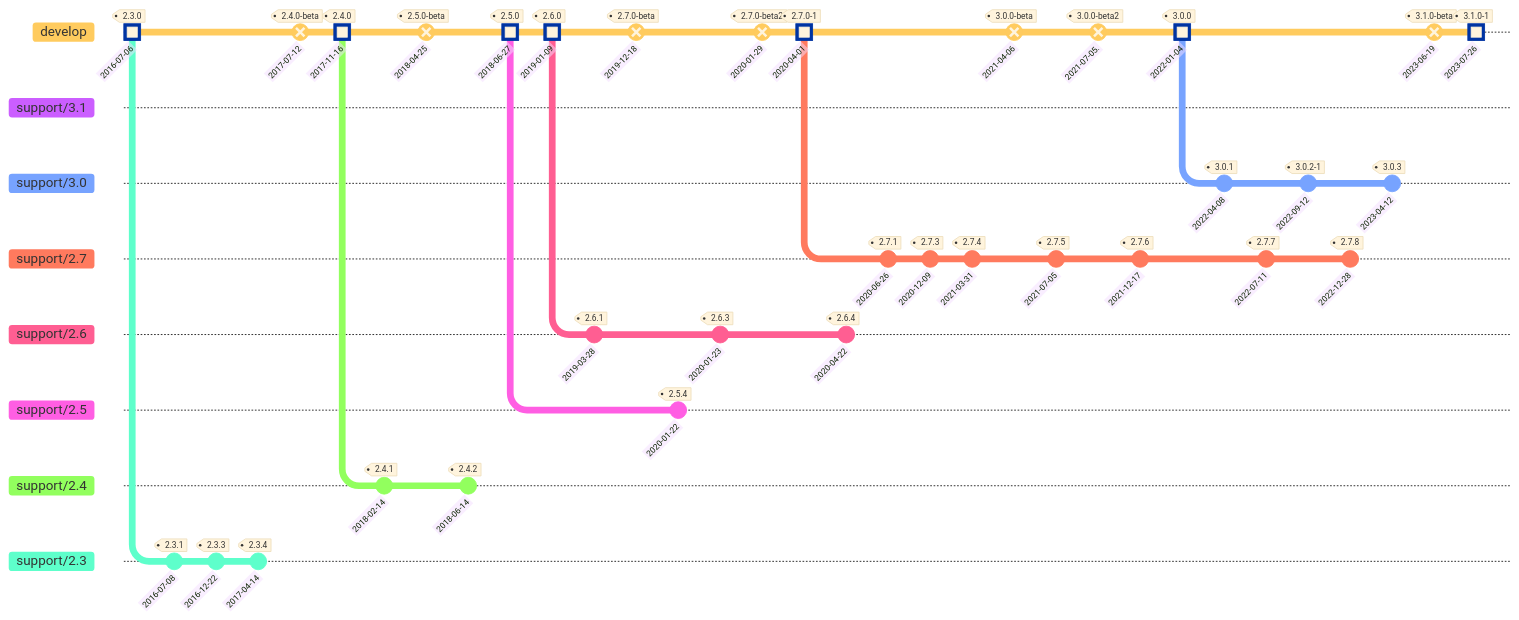
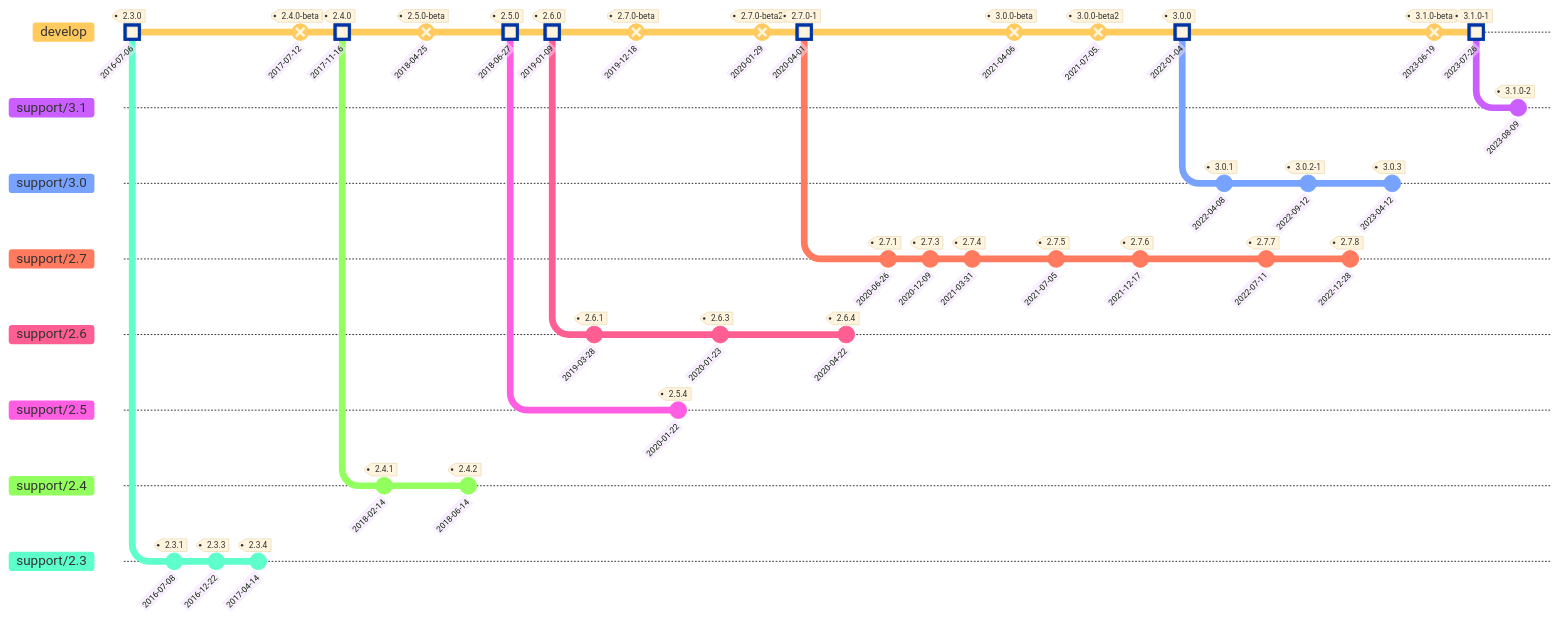
One commit to Combodo/iTop changed the diagram in .doc/itop-version-history.md. Above: the diagram before and after it, drawn with Mermaid.

Commit message:
:memo: Version history : add 3.1.0-2

````diff
--- a/.doc/itop-version-history.md
+++ b/.doc/itop-version-history.md
@@ -3,67 +3,69 @@
 ```mermaid
 %%{init: { 'logLevel': 'debug', 'theme': 'base', 'gitGraph': {'showBranches': true,'mainBranchName': 'develop','rotateCommitLabel': true}} }%%
 gitGraph
     commit id: "2016-07-06" tag: "2.3.0" type: HIGHLIGHT
     branch support/2.3 order: 900
     commit id: "2016-07-08" tag: "2.3.1"
     commit id: "2016-12-22" tag: "2.3.3"
     commit id: "2017-04-14" tag: "2.3.4"
     checkout develop
     commit id: "2017-07-12" tag: "2.4.0-beta" type: REVERSE
     commit id: "2017-11-16" tag: "2.4.0" type: HIGHLIGHT
     branch support/2.4 order: 890
     commit id: "2018-02-14" tag: "2.4.1"
     checkout develop
     commit id: "2018-04-25" tag: "2.5.0-beta" type: REVERSE
     checkout support/2.4
     commit id: "2018-06-14" tag: "2.4.2"
     checkout develop
     commit id: "2018-06-27" tag: "2.5.0" type: HIGHLIGHT
     branch support/2.5 order: 880
     checkout develop
     commit id: "2019-01-09" tag: "2.6.0" type: HIGHLIGHT
     branch support/2.6 order: 870
     commit id: "2019-03-28" tag: "2.6.1"
     checkout develop
     commit id: "2019-12-18" tag: "2.7.0-beta" type: REVERSE
     checkout support/2.5
     commit id: "2020-01-22" tag: "2.5.4"
     checkout support/2.6
     commit id: "2020-01-23" tag: "2.6.3"
     checkout develop
     commit id: "2020-01-29" tag: "2.7.0-beta2" type: REVERSE
     commit id: "2020-04-01" tag: "2.7.0-1" type: HIGHLIGHT
     checkout support/2.6
     commit id: "2020-04-22" tag: "2.6.4"
     checkout develop
     branch support/2.7 order: 860
     commit id: "2020-06-26" tag: "2.7.1"
     checkout support/2.7
     commit id: "2020-12-09" tag: "2.7.3"
     commit id: "2021-03-31" tag: "2.7.4"
     checkout develop
     commit id: "2021-04-06" tag: "3.0.0-beta" type: REVERSE
     checkout support/2.7
     commit id: "2021-07-05" tag: "2.7.5"
     checkout develop
     commit id: "2021-07-05." tag: "3.0.0-beta2" type: REVERSE
     checkout support/2.7
     commit id: "2021-12-17" tag: "2.7.6"
     checkout develop
     commit id: "2022-01-04" tag: "3.0.0" type: HIGHLIGHT
     branch support/3.0 order: 850
     commit id: "2022-04-08" tag: "3.0.1"
     checkout support/2.7
     commit id: "2022-07-11" tag: "2.7.7"
     checkout support/3.0
     commit id: "2022-09-12" tag: "3.0.2-1"
     checkout develop
     checkout support/2.7
     commit id: "2022-12-28" tag: "2.7.8"
     checkout support/3.0
     commit id: "2023-04-12" tag: "3.0.3"
     checkout develop
     commit id: "2023-06-19" tag: "3.1.0-beta" type: REVERSE
     commit id: "2023-07-26" tag: "3.1.0-1" type: HIGHLIGHT
     branch support/3.1 order: 840
+    checkout support/3.1
+    commit id: "2023-08-09" tag: "3.1.0-2"
 ```
````
